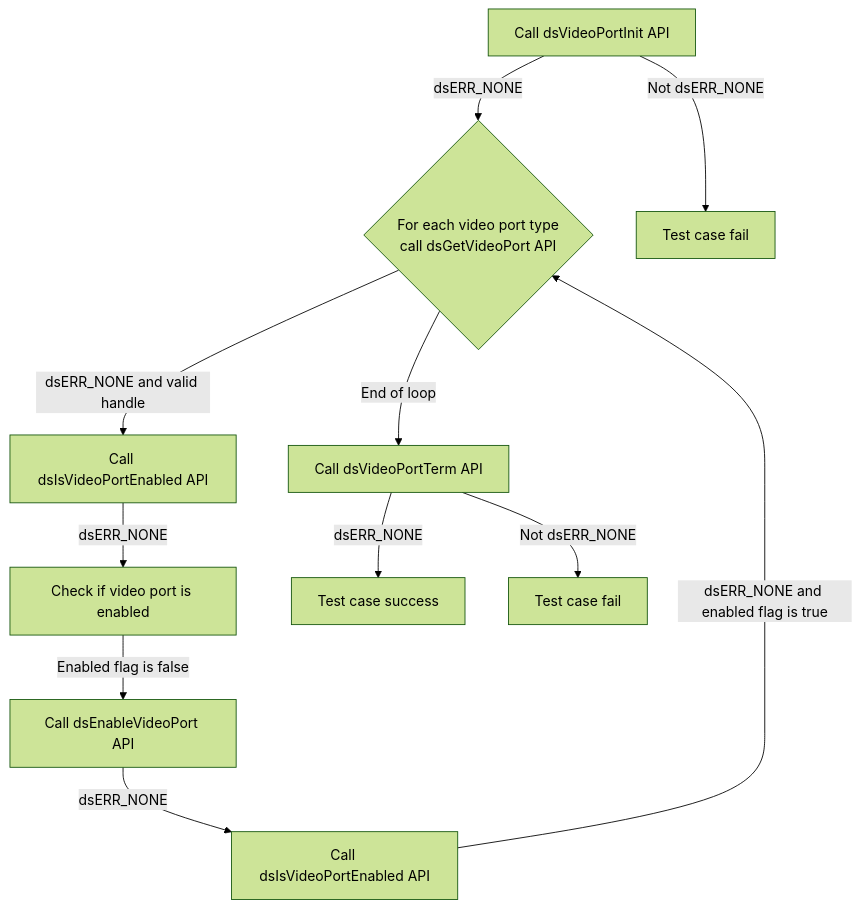
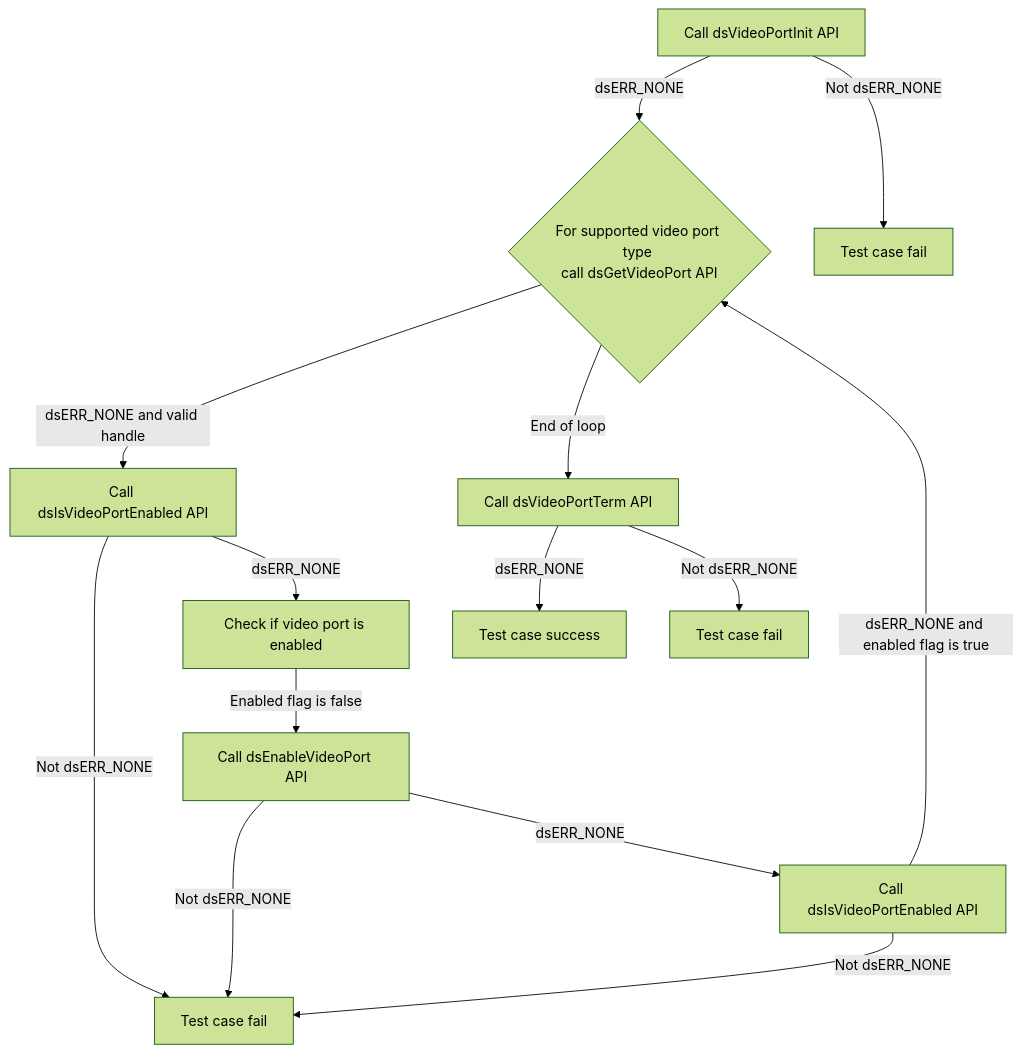
One commit to rdkcentral/rdk-halif-test-device_settings changed the first of 21 diagrams in docs/pages/ds-video-port_L2_Low-Level_TestSpecification.md. Above: the diagram before and after it, drawn with Mermaid (forest theme). The commit also changed other lines of this file and 15 other files, not shown here.

````diff
--- a/docs/pages/ds-video-port_L2_Low-Level_TestSpecification.md
+++ b/docs/pages/ds-video-port_L2_Low-Level_TestSpecification.md
@@ -65,13 +66,16 @@
 ```mermaid
 graph TB
-    A[Call dsVideoPortInit API] -->|dsERR_NONE| B{For each video port type <br>call dsGetVideoPort API}
+    A[Call dsVideoPortInit API] -->|dsERR_NONE| B{For supported video port type <br>call dsGetVideoPort API}
     A -->|Not dsERR_NONE| A1[Test case fail]
     B -->|dsERR_NONE and valid handle| D[Call dsIsVideoPortEnabled API]
+    D -->|Not dsERR_NONE| A2[Test case fail]
     D -->|dsERR_NONE| E[Check if video port is enabled]
     E -->|Enabled flag is false| F[Call dsEnableVideoPort API]
+    F -->|Not dsERR_NONE| A2[Test case fail]
     F -->|dsERR_NONE| G[Call dsIsVideoPortEnabled API]
+    G -->|Not dsERR_NONE| A2[Test case fail]
     G -->|dsERR_NONE and enabled flag is true| B
     B -->|End of loop|I[Call dsVideoPortTerm API]
     I -->|dsERR_NONE| J[Test case success]
     I -->|Not dsERR_NONE| I1[Test case fail]
 ```
````
